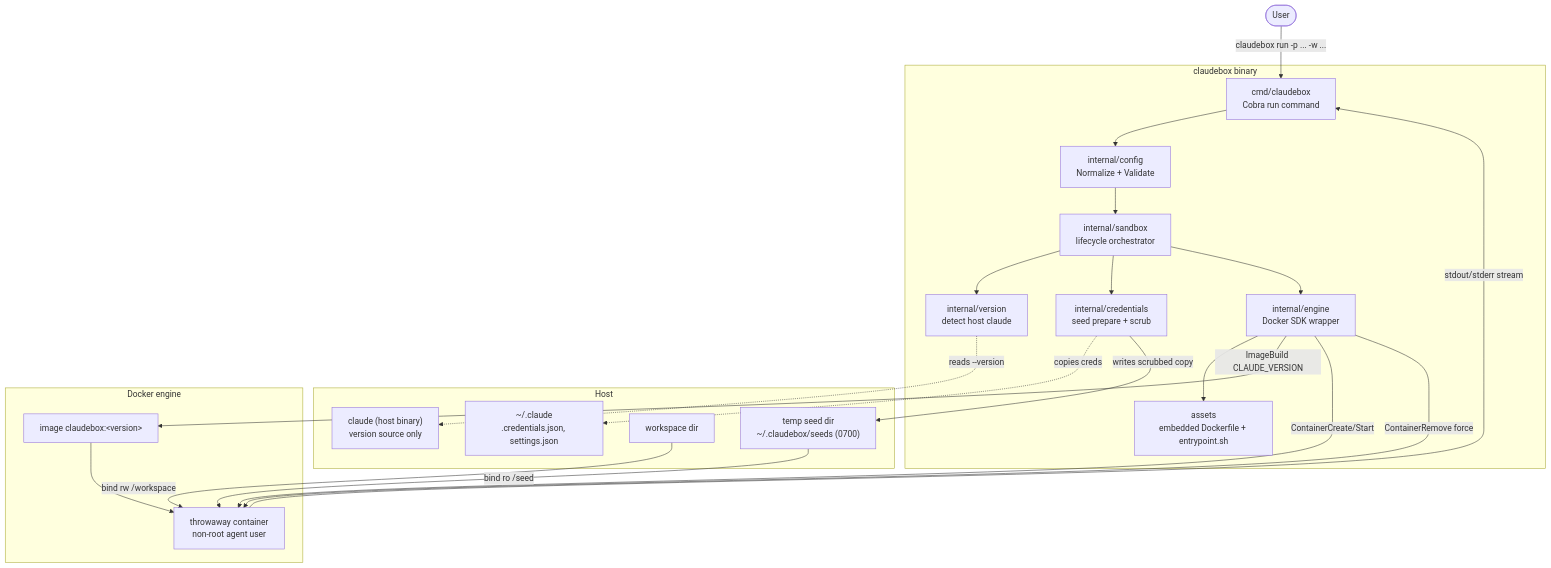
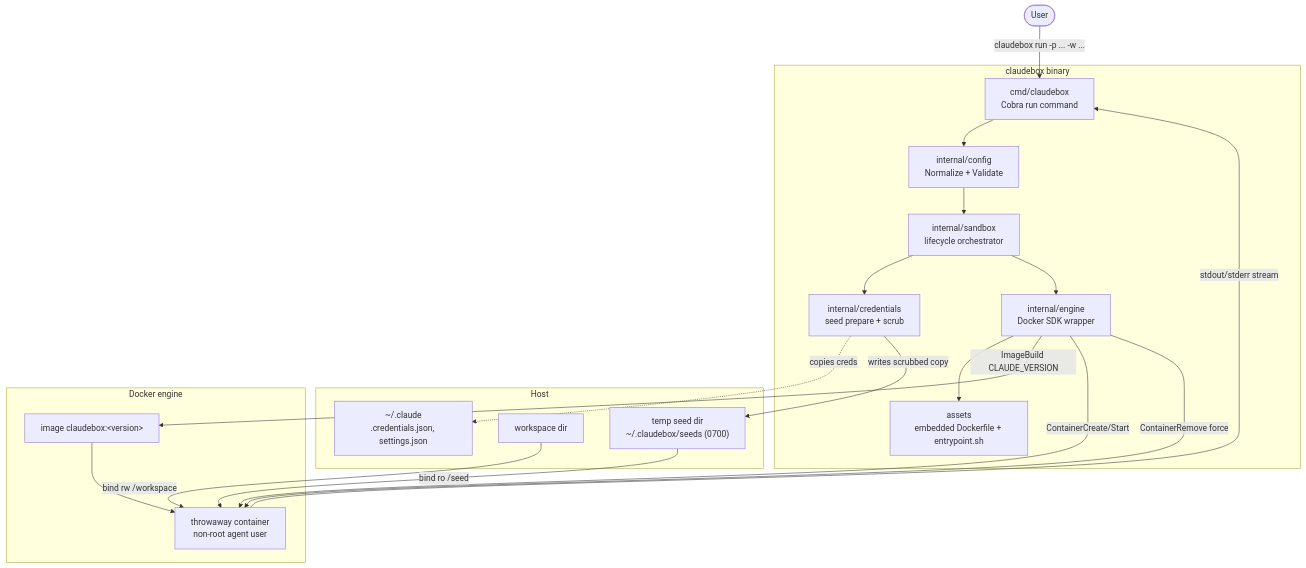
The first of 3 diagrams in docs/ARCHITECTURE.md (dyammarcano/claudebox), drawn with Mermaid before and after one commit. The commit also changed other lines of this file and 14 other files, not shown here.

First line of the commit message:
refactor: remove internal/version and tools.go

````diff
--- a/docs/ARCHITECTURE.md
+++ b/docs/ARCHITECTURE.md
@@ -9,42 +10,38 @@
 ```mermaid
 flowchart TB
     user([User]) -->|"claudebox run -p ... -w ..."| cli
 
     subgraph binary["claudebox binary"]
         cli["cmd/claudebox<br/>Cobra run command"]
         cfg["internal/config<br/>Normalize + Validate"]
         sb["internal/sandbox<br/>lifecycle orchestrator"]
-        ver["internal/version<br/>detect host claude"]
         creds["internal/credentials<br/>seed prepare + scrub"]
         eng["internal/engine<br/>Docker SDK wrapper"]
         assets["assets<br/>embedded Dockerfile + entrypoint.sh"]
         cli --> cfg --> sb
-        sb --> ver
         sb --> creds
         sb --> eng
         eng --> assets
     end
 
     subgraph host["Host"]
-        claudebin["claude (host binary)<br/>version source only"]
         home["~/.claude<br/>.credentials.json, settings.json"]
         ws["workspace dir"]
         seed["temp seed dir<br/>~/.claudebox/seeds (0700)"]
     end
 
     subgraph docker["Docker engine"]
         img["image claudebox:&lt;version&gt;"]
         ctr["throwaway container<br/>non-root agent user"]
     end
 
-    ver -.reads --version.-> claudebin
     creds -.copies creds.-> home
     creds -->|writes scrubbed copy| seed
     eng -->|ImageBuild CLAUDE_VERSION| img
     eng -->|ContainerCreate/Start| ctr
     img --> ctr
     ws -->|bind rw /workspace| ctr
     seed -->|bind ro /seed| ctr
     ctr -->|stdout/stderr stream| cli
     eng -->|ContainerRemove force| ctr
 ```
````
